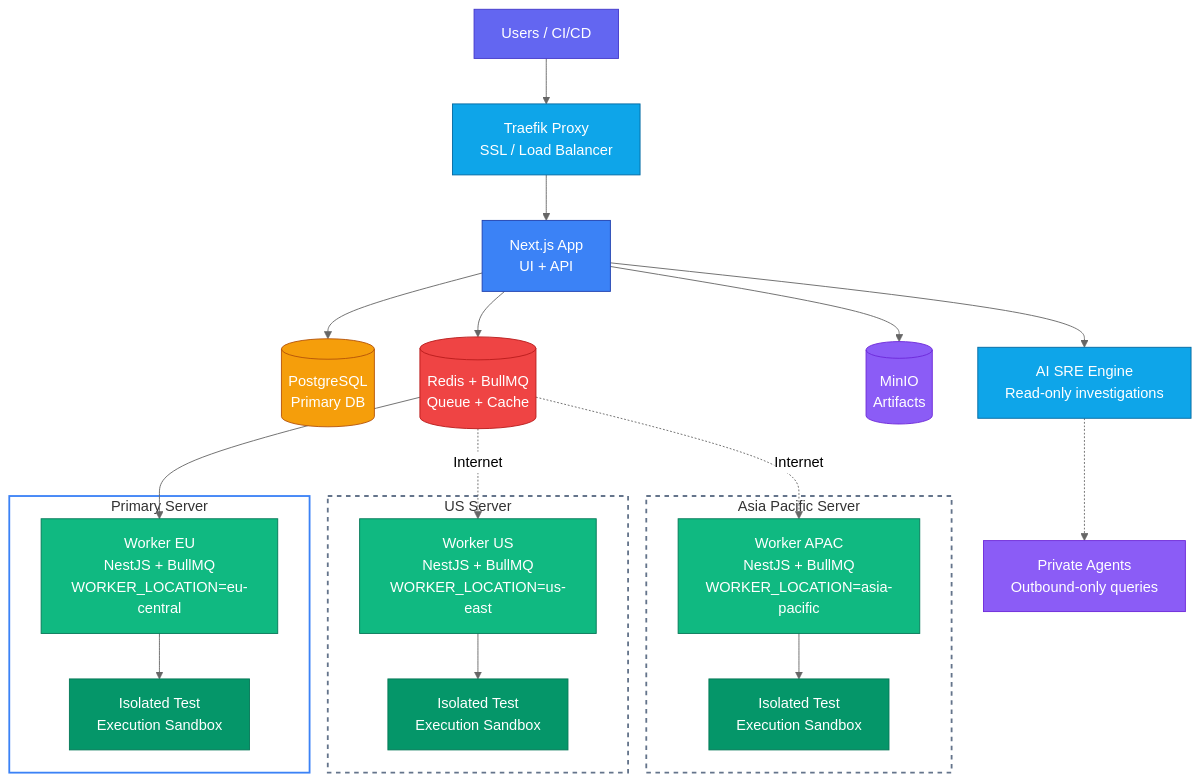
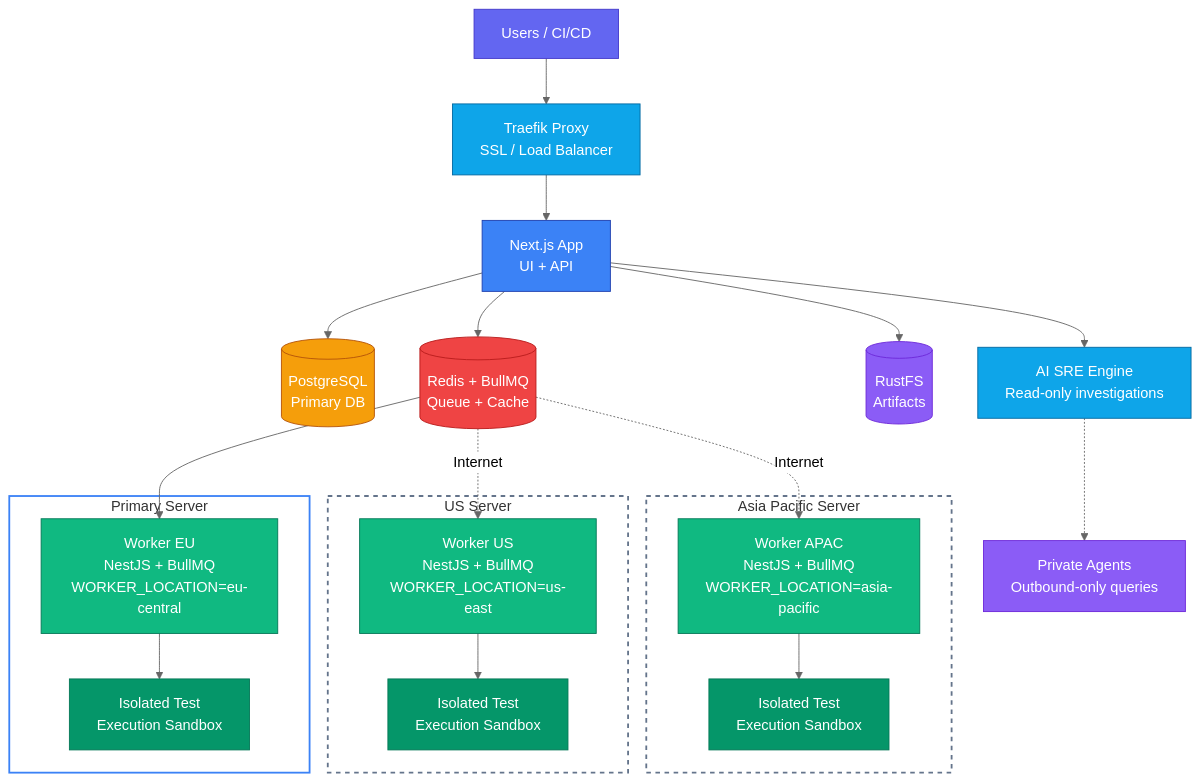
One commit to supercheck-io/supercheck changed the diagram in README.md. Above: the diagram before and after it, drawn with Mermaid (neutral theme). The commit also changed other lines of this file and 4 other files, not shown here.

First line of the commit message:
docs: document RustFS storage and the MinIO upgrade path

````diff
--- a/README.md
+++ b/README.md
@@ -101,42 +101,42 @@
 ```mermaid
 flowchart TB
     Users[Users / CI/CD] --> T[Traefik Proxy<br/>SSL / Load Balancer]
     T --> App[Next.js App<br/>UI + API]
-    App --> DB[(PostgreSQL<br/>Primary DB)] & Redis[(Redis + BullMQ<br/>Queue + Cache)] & S3[(MinIO<br/>Artifacts)]
+    App --> DB[(PostgreSQL<br/>Primary DB)] & Redis[(Redis + BullMQ<br/>Queue + Cache)] & S3[(RustFS<br/>Artifacts)]
     App --> SRE[AI SRE Engine<br/>Read-only investigations]
     SRE -.-> Private[Private Agents<br/>Outbound-only queries]
 
     Redis --> W_EU
     Redis -.->|Internet| W_US
     Redis -.->|Internet| W_APAC
 
     subgraph PRIMARY["Primary Server"]
         W_EU[Worker EU<br/>NestJS + BullMQ<br/>WORKER_LOCATION=eu-central] --> K3S_EU[Isolated Test<br/>Execution Sandbox]
     end
 
     subgraph US["US Server"]
         W_US[Worker US<br/>NestJS + BullMQ<br/>WORKER_LOCATION=us-east] --> K3S_US[Isolated Test<br/>Execution Sandbox]
     end
 
     subgraph APAC["Asia Pacific Server"]
         W_APAC[Worker APAC<br/>NestJS + BullMQ<br/>WORKER_LOCATION=asia-pacific] --> K3S_APAC[Isolated Test<br/>Execution Sandbox]
     end
 
     style Users fill:#6366f1,stroke:#4338ca,color:#fff
     style T fill:#0ea5e9,stroke:#0369a1,color:#fff
     style App fill:#3b82f6,stroke:#1e40af,color:#fff
     style DB fill:#f59e0b,stroke:#b45309,color:#fff
     style Redis fill:#ef4444,stroke:#b91c1c,color:#fff
     style S3 fill:#8b5cf6,stroke:#6d28d9,color:#fff
     style SRE fill:#0ea5e9,stroke:#0369a1,color:#fff
     style Private fill:#8b5cf6,stroke:#6d28d9,color:#fff
     style W_EU fill:#10b981,stroke:#047857,color:#fff
     style W_US fill:#10b981,stroke:#047857,color:#fff
     style W_APAC fill:#10b981,stroke:#047857,color:#fff
     style K3S_EU fill:#059669,stroke:#047857,color:#fff
     style K3S_US fill:#059669,stroke:#047857,color:#fff
     style K3S_APAC fill:#059669,stroke:#047857,color:#fff
     style PRIMARY fill:none,stroke:#3b82f6,stroke-width:2px
     style US fill:none,stroke:#64748b,stroke-width:2px,stroke-dasharray: 5 5
     style APAC fill:none,stroke:#64748b,stroke-width:2px,stroke-dasharray: 5 5
 ```
````
